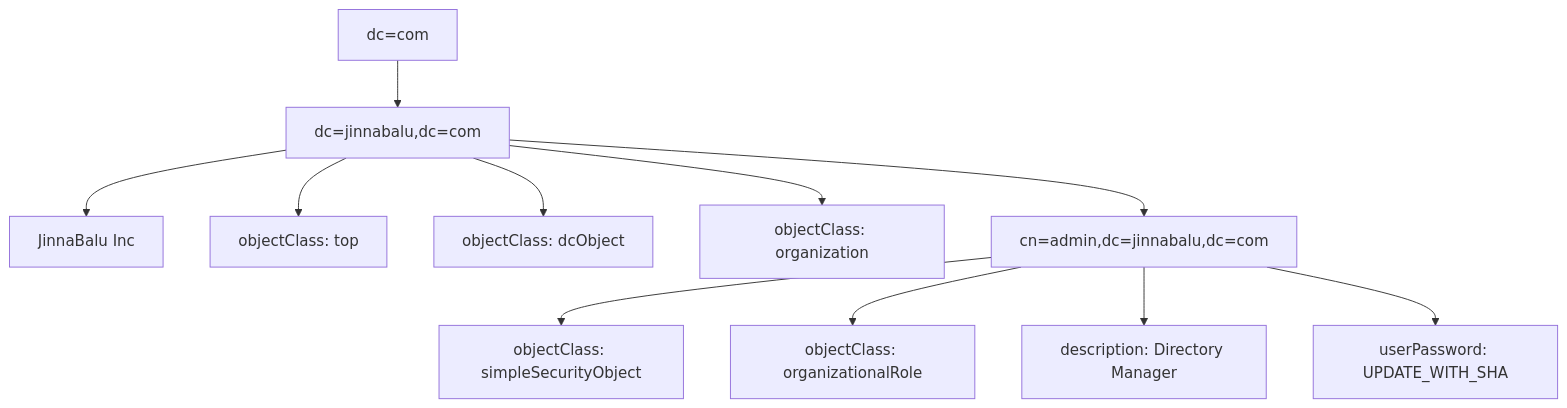
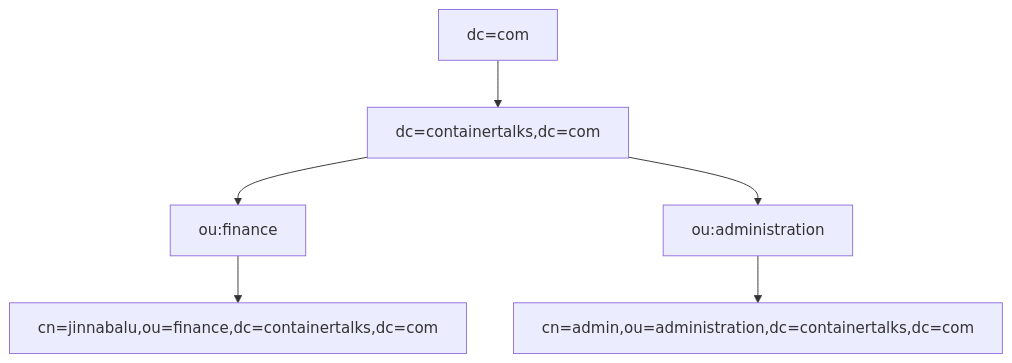
One commit to jinnabaalu/openldap-tutorial changed the fourth of 5 diagrams in 3.2.LDAPOperations.md. Above: the diagram before and after it, drawn with Mermaid. The commit also changed other lines of this file and 5 other files, not shown here.

````diff
--- a/3.2.LDAPOperations.md
+++ b/3.2.LDAPOperations.md
@@ -44,14 +83,8 @@
-```mermaid 
-graph TD
-    root[dc=com]
-    root --> jinnabalu[dc=jinnabalu,dc=com]
-    jinnabalu --> o[JinnaBalu Inc]
-    jinnabalu --> oc1[objectClass: top]
-    jinnabalu --> oc2[objectClass: dcObject]
-    jinnabalu --> oc3[objectClass: organization]
-    jinnabalu --> admin[cn=admin,dc=jinnabalu,dc=com]
-    admin --> oc4[objectClass: simpleSecurityObject]
-    admin --> oc5[objectClass: organizationalRole]
-    admin --> desc[description: Directory Manager]
-    admin --> pwd[userPassword: UPDATE_WITH_SHA]
+```mermaid
+flowchart TD
+    A[dc=com] --> B[dc=containertalks,dc=com]
+    B --> C[ou:finance]
+    B --> D[ou:administration]
+    C --> E[cn=jinnabalu,ou=finance,dc=containertalks,dc=com]
+    D --> F[cn=admin,ou=administration,dc=containertalks,dc=com]
 ```
````
